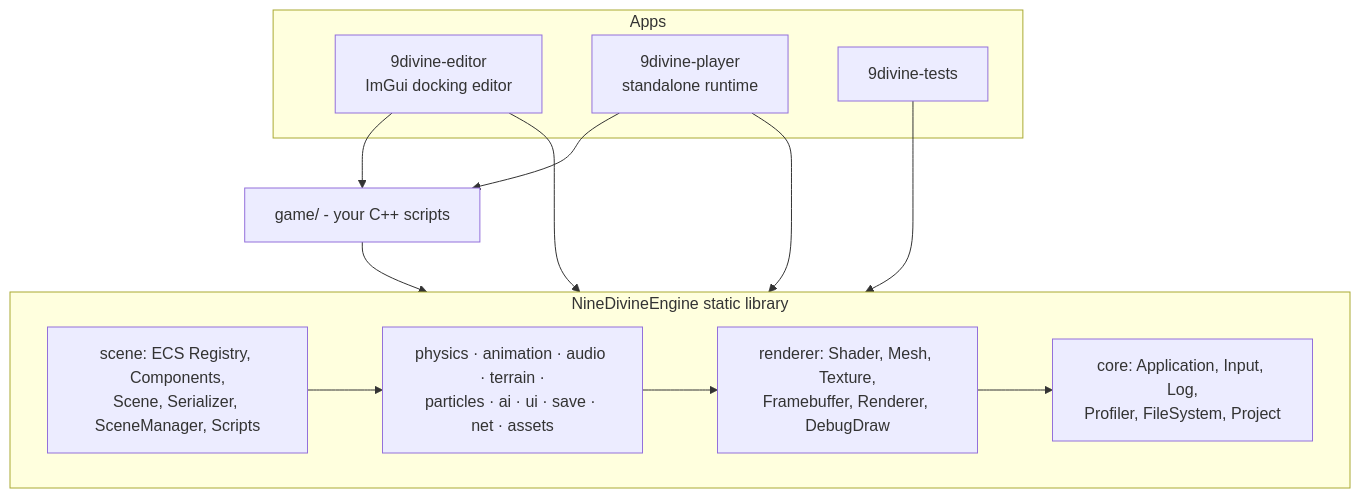
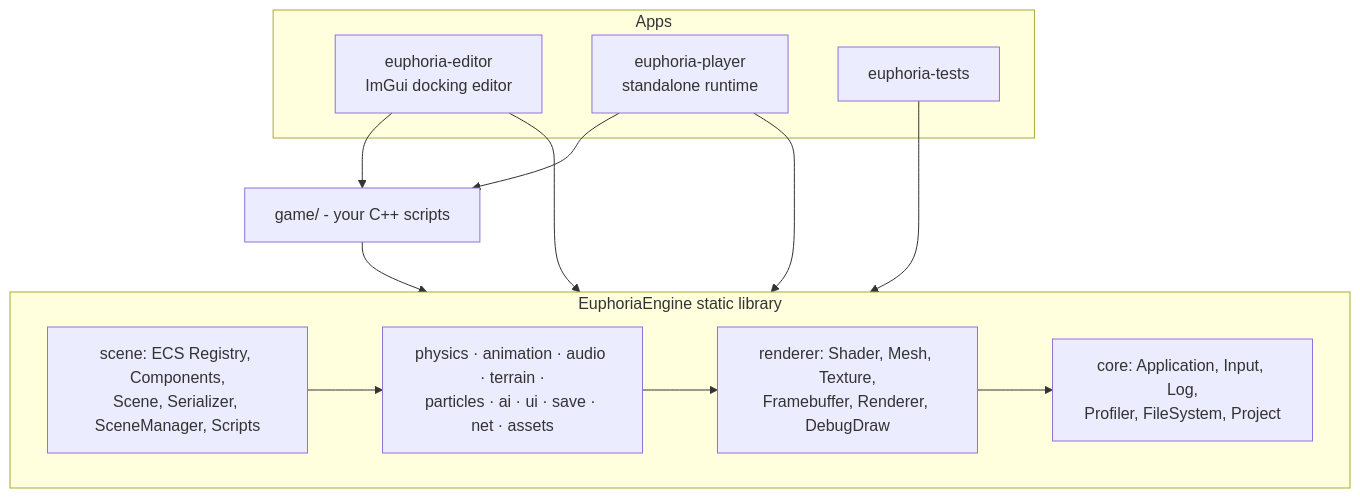
The first of 2 diagrams in README.md (commonvtake/9divine), drawn with Mermaid before and after one commit. The commit also changed other lines of this file and 160 other files, not shown here.

First line of the commit message:
Rename engine to Euphoria Engine

````diff
--- a/README.md
+++ b/README.md
@@ -157,24 +157,24 @@
 ```mermaid
 flowchart TB
     subgraph Apps
-        Editor[9divine-editor<br/>ImGui docking editor]
-        Player[9divine-player<br/>standalone runtime]
-        Tests[9divine-tests]
+        Editor[euphoria-editor<br/>ImGui docking editor]
+        Player[euphoria-player<br/>standalone runtime]
+        Tests[euphoria-tests]
     end
     Game[game/ - your C++ scripts]
-    subgraph Engine[NineDivineEngine static library]
+    subgraph Engine[EuphoriaEngine static library]
         Core[core: Application, Input, Log,<br/>Profiler, FileSystem, Project]
         Scene[scene: ECS Registry, Components,<br/>Scene, Serializer, SceneManager, Scripts]
         Renderer[renderer: Shader, Mesh, Texture,<br/>Framebuffer, Renderer, DebugDraw]
         Systems[physics · animation · audio · terrain ·<br/>particles · ai · ui · save · net · assets]
     end
     Editor --> Engine
     Player --> Engine
     Tests --> Engine
     Editor --> Game
     Player --> Game
     Game --> Engine
     Scene --> Systems
     Systems --> Renderer
     Renderer --> Core
 ```
````
